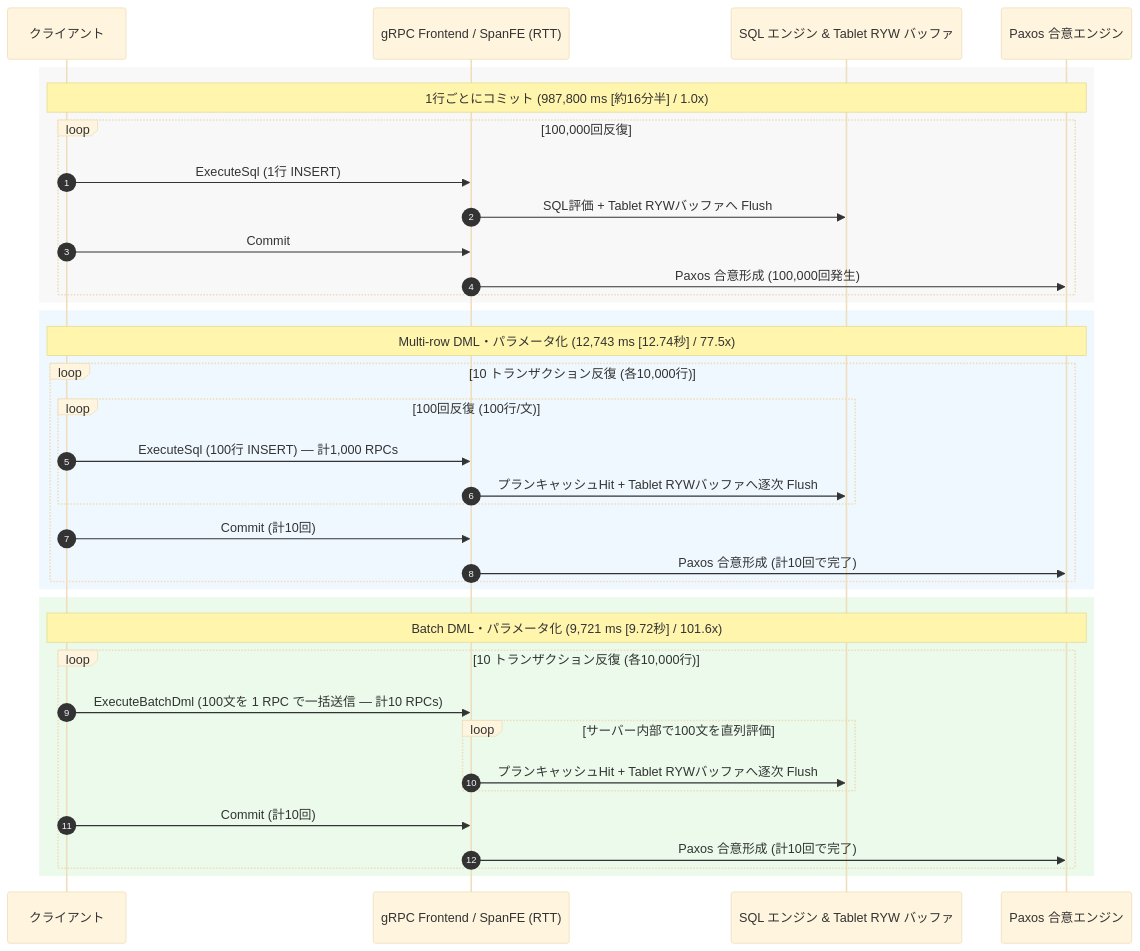
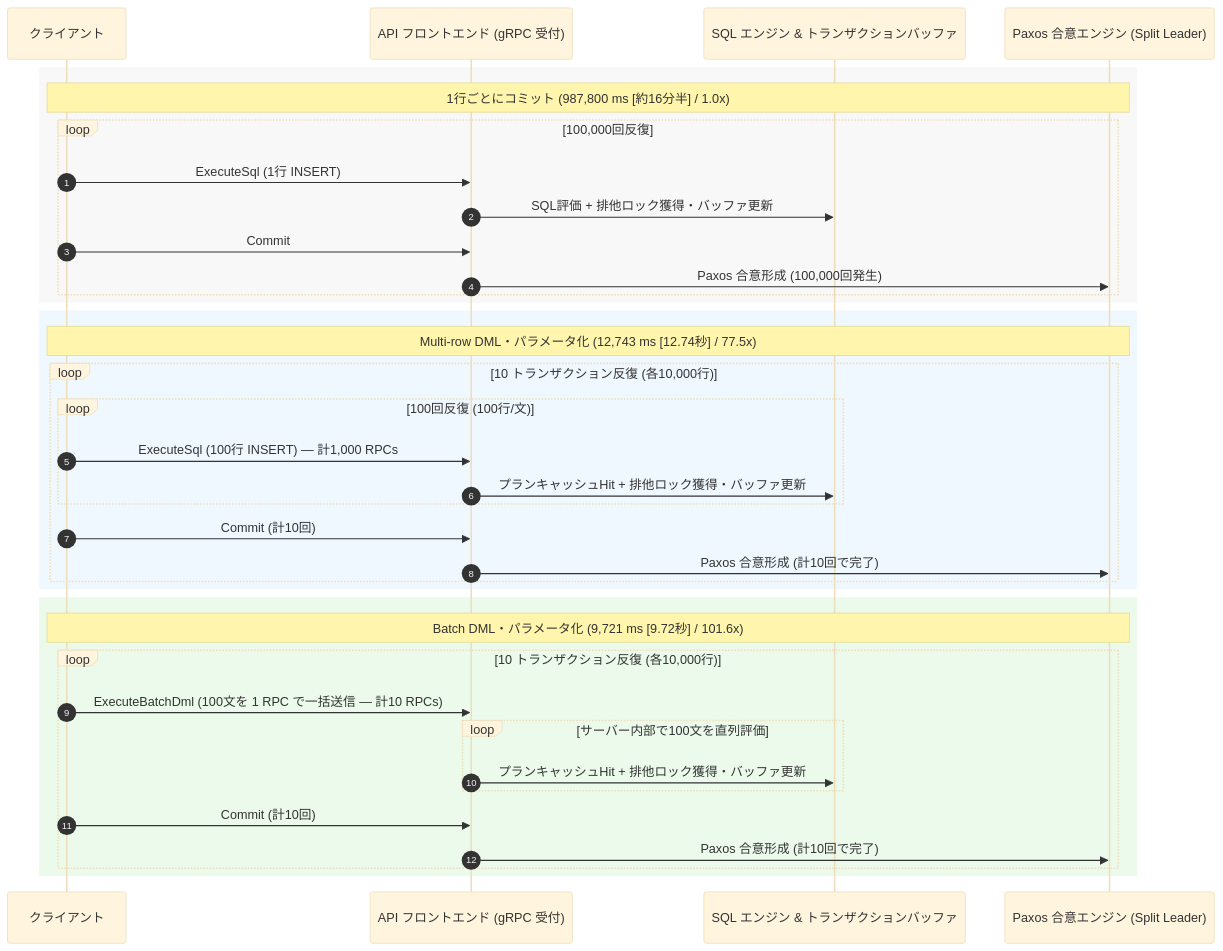
The second of 6 diagrams in articles/7aad16e9b5760d.md (michity15169/zenn-content), drawn with Mermaid (base theme) before and after one commit. The commit also changed other lines of this file, not shown here.

Commit message:
docs: 社内用語(SpanFE, Tablet等)を公式ドキュメントの一般公開表現に統一

````diff
--- a/articles/7aad16e9b5760d.md
+++ b/articles/7aad16e9b5760d.md
@@ -193,42 +193,42 @@
 ```mermaid
 sequenceDiagram
     autonumber
     participant C as クライアント
-    participant GW as gRPC Frontend / SpanFE (RTT)
-    participant SQL as SQL エンジン & Tablet RYW バッファ
-    participant P as Paxos 合意エンジン
+    participant GW as API フロントエンド (gRPC 受付)
+    participant SQL as SQL エンジン & トランザクションバッファ
+    participant P as Paxos 合意エンジン (Split Leader)
 
     rect rgb(248, 248, 248)
     Note over C,P: 1行ごとにコミット (987,800 ms [約16分半] / 1.0x)
     loop 100,000回反復
         C->>GW: ExecuteSql (1行 INSERT)
-        GW->>SQL: SQL評価 + Tablet RYWバッファへ Flush
+        GW->>SQL: SQL評価 + 排他ロック獲得・バッファ更新
         C->>GW: Commit
         GW->>P: Paxos 合意形成 (100,000回発生)
     end
     end
 
     rect rgb(240, 248, 255)
     Note over C,P: Multi-row DML・パラメータ化 (12,743 ms [12.74秒] / 77.5x)
     loop 10 トランザクション反復 (各10,000行)
         loop 100回反復 (100行/文)
             C->>GW: ExecuteSql (100行 INSERT) — 計1,000 RPCs
-            GW->>SQL: プランキャッシュHit + Tablet RYWバッファへ逐次 Flush
+            GW->>SQL: プランキャッシュHit + 排他ロック獲得・バッファ更新
         end
         C->>GW: Commit (計10回)
         GW->>P: Paxos 合意形成 (計10回で完了)
     end
     end
 
     rect rgb(235, 250, 235)
     Note over C,P: Batch DML・パラメータ化 (9,721 ms [9.72秒] / 101.6x)
     loop 10 トランザクション反復 (各10,000行)
         C->>GW: ExecuteBatchDml (100文を 1 RPC で一括送信 — 計10 RPCs)
         loop サーバー内部で100文を直列評価
-            GW->>SQL: プランキャッシュHit + Tablet RYWバッファへ逐次 Flush
+            GW->>SQL: プランキャッシュHit + 排他ロック獲得・バッファ更新
         end
         C->>GW: Commit (計10回)
         GW->>P: Paxos 合意形成 (計10回で完了)
     end
     end
 ```
````
